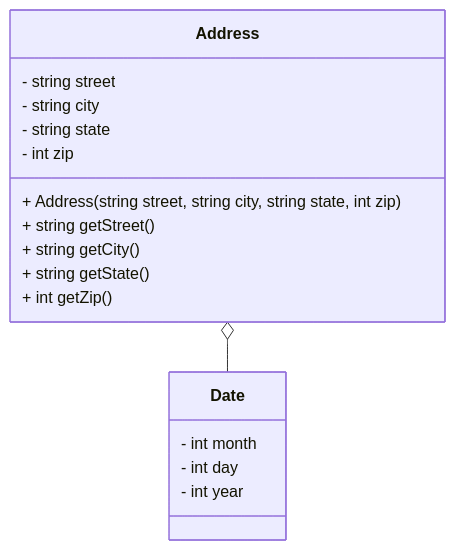
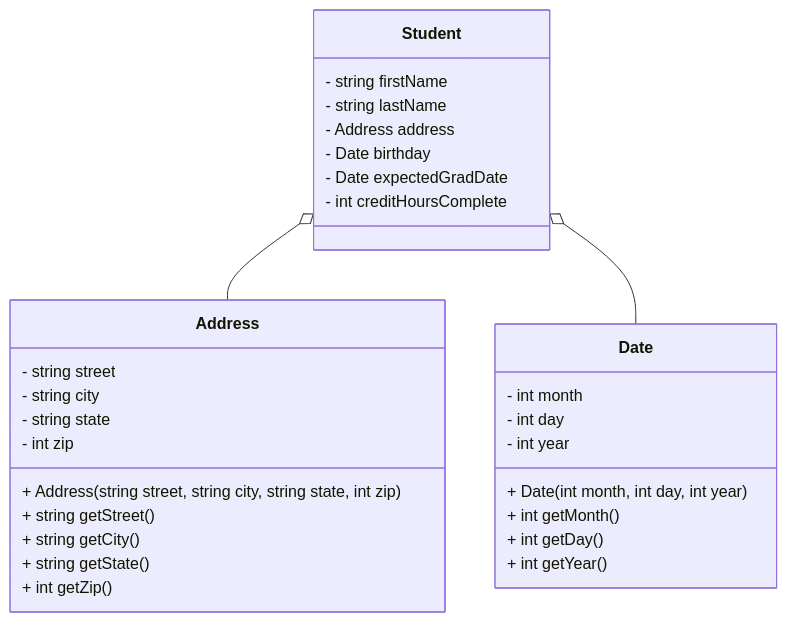
The diagram in studentHeap/README.md (Lord-Raymik/CS121_Lab6), drawn with Mermaid before and after one commit.

Commit message:
made changes to the README.md for studentHeap

````diff
--- a/studentHeap/README.md
+++ b/studentHeap/README.md
@@ -3,25 +3,40 @@
 ```mermaid
 classDiagram
 
     class Address {    
         - string street
         - string city
         - string state
         - int zip
 
         + Address(string street, string city, string state, int zip)
         + string getStreet()
         + string getCity()
         + string getState()
         + int getZip()
     }
 
     class Date {
         - int month
         - int day
         - int year
+
+        + Date(int month, int day, int year)
+        + int getMonth()
+        + int getDay()
+        + int getYear()
     }
 
-    Address o-- Date
+    class Student {
+        - string firstName
+        - string lastName
+        - Address address
+        - Date birthday
+        - Date expectedGradDate
+        - int creditHoursComplete
+    }
+
+    Student o-- Address
+    Student o-- Date
 
 ```
````
